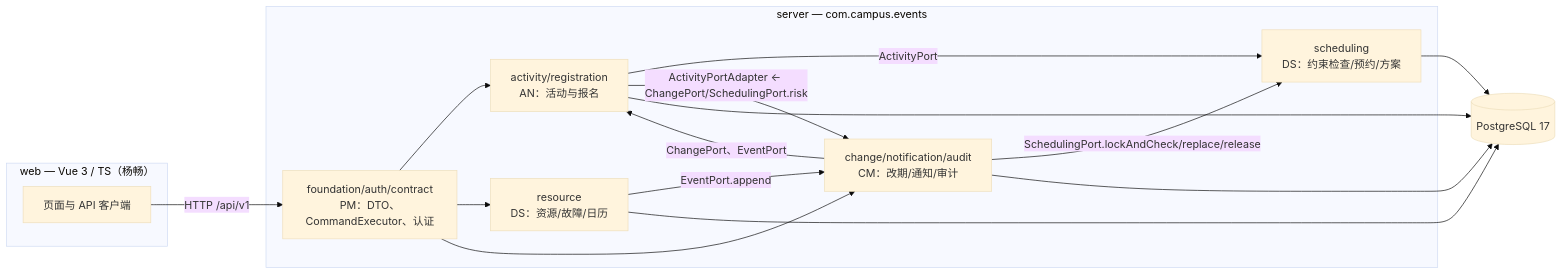
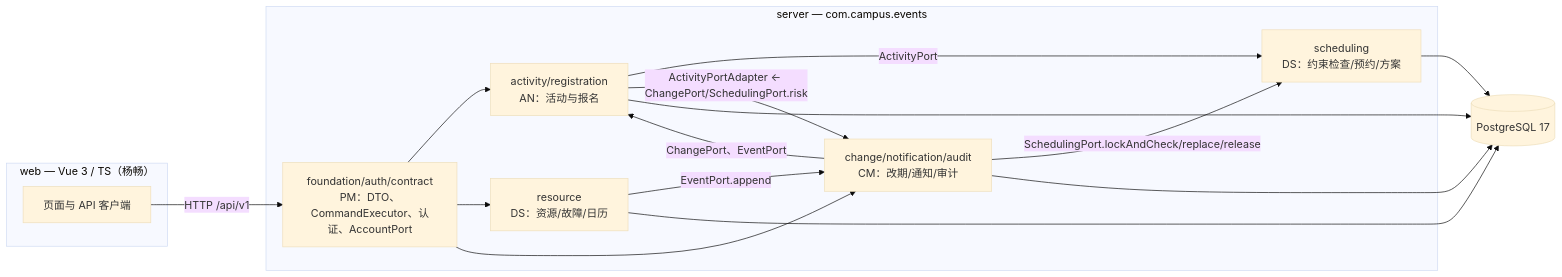
Before and after one commit to Rito-492/campus-sched: the first of 5 diagrams in docs/design/system-design.md, drawn with Mermaid (base theme). The commit also changed other lines of this file and 5 other files, not shown here.

Commit message:
feat: DS-01 V1 schema 升级 v3.0——22表(身份/授权/资格) + 20项烟测通过 + SchemaIT/文档同步

````diff
--- a/docs/design/system-design.md
+++ b/docs/design/system-design.md
@@ -10,24 +10,24 @@
 ```mermaid
 flowchart LR
     subgraph web["web — Vue 3 / TS（杨畅）"]
         FE["页面与 API 客户端"]
     end
     subgraph server["server — com.campus.events"]
-        F["foundation/auth/contract<br/>PM：DTO、CommandExecutor、认证"]
+        F["foundation/auth/contract<br/>PM：DTO、CommandExecutor、认证、AccountPort"]
         A["activity/registration\nAN：活动与报名"]
         R["resource\nDS：资源/故障/日历"]
         S["scheduling\nDS：约束检查/预约/方案"]
         C["change/notification/audit\nCM：改期/通知/审计"]
     end
     DB[("PostgreSQL 17")]
     FE -->|"HTTP /api/v1"| F
     F --> A
     F --> R
     F --> C
     A -->|"ActivityPort"| S
     A -->|"ActivityPortAdapter ← ChangePort/SchedulingPort.risk"| C
     C -->|"ChangePort、EventPort"| A
     C -->|"SchedulingPort.lockAndCheck/replace/release"| S
     R -->|"EventPort.append"| C
     A & R & S & C --> DB
 ```
````
